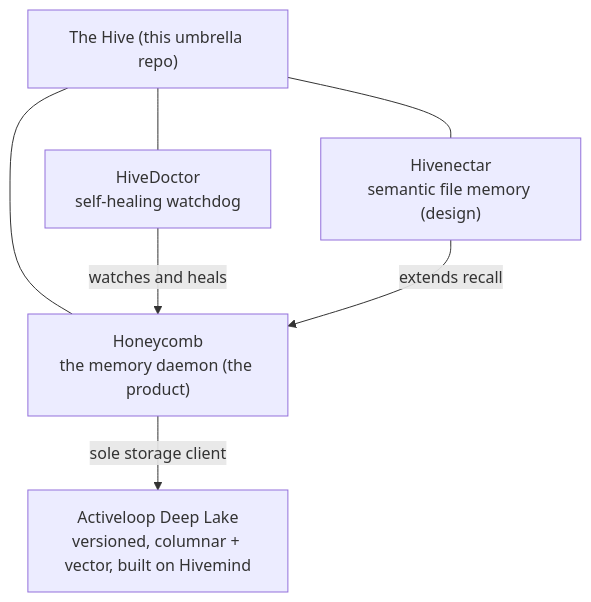
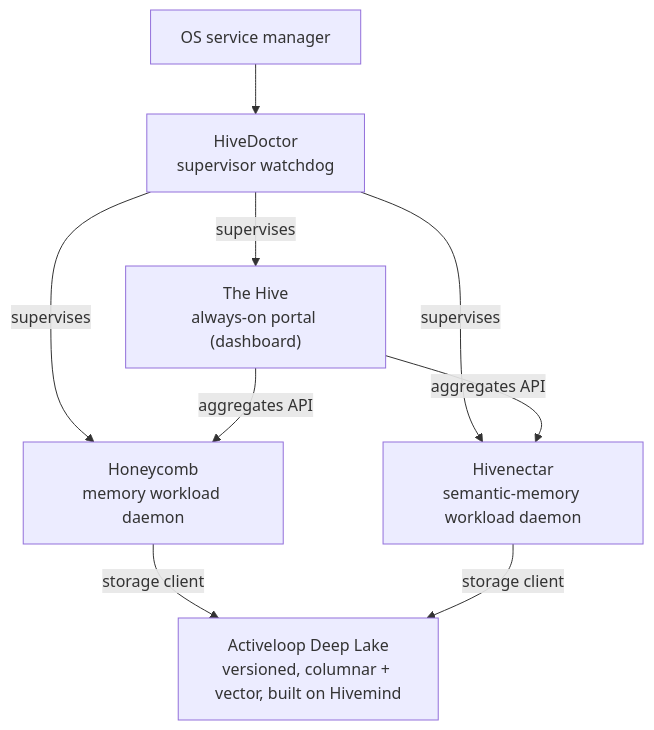
One commit to legioncodeinc/the-apiary changed the diagram in README.md. Above: the diagram before and after it, drawn with Mermaid. The commit also changed other lines of this file, not shown here.

Commit message:
Update README to reflect rebranding from "The Hive" to "The Apiary" and clarify project roles; adjust submodule details and add new product description. Update the-hive submodule to indicate a dirty state.

````diff
--- a/README.md
+++ b/README.md
@@ -53,10 +54,11 @@
 ```mermaid
 flowchart TD
-    hive["The Hive (this umbrella repo)"]
-    hive --- doctor["HiveDoctor<br/>self-healing watchdog"]
-    hive --- comb["Honeycomb<br/>the memory daemon (the product)"]
-    hive --- nectar["Hivenectar<br/>semantic file memory (design)"]
-    doctor -->|watches and heals| comb
-    nectar -->|extends recall| comb
-    comb -->|sole storage client| deeplake["Activeloop Deep Lake<br/>versioned, columnar + vector, built on Hivemind"]
+    os["OS service manager"] --> doctor["HiveDoctor<br/>supervisor watchdog"]
+    doctor -->|supervises| hive["The Hive<br/>always-on portal (dashboard)"]
+    doctor -->|supervises| comb["Honeycomb<br/>memory workload daemon"]
+    doctor -->|supervises| nectar["Hivenectar<br/>semantic-memory workload daemon"]
+    hive -->|aggregates API| comb
+    hive -->|aggregates API| nectar
+    comb -->|storage client| deeplake["Activeloop Deep Lake<br/>versioned, columnar + vector, built on Hivemind"]
+    nectar -->|storage client| deeplake
 ```
````
